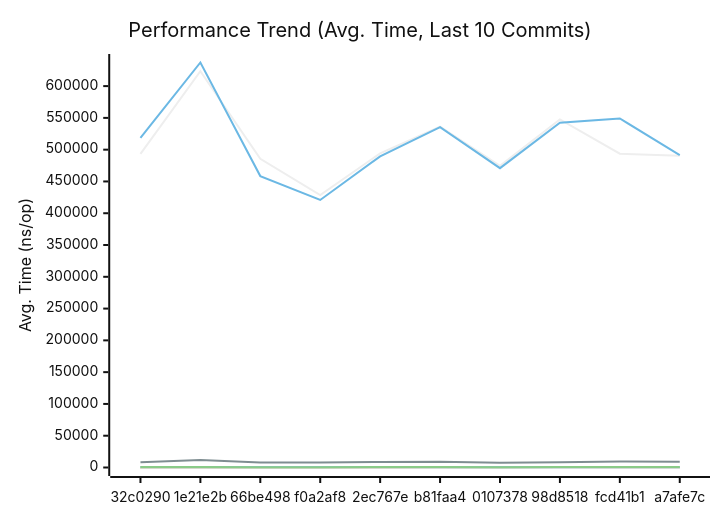
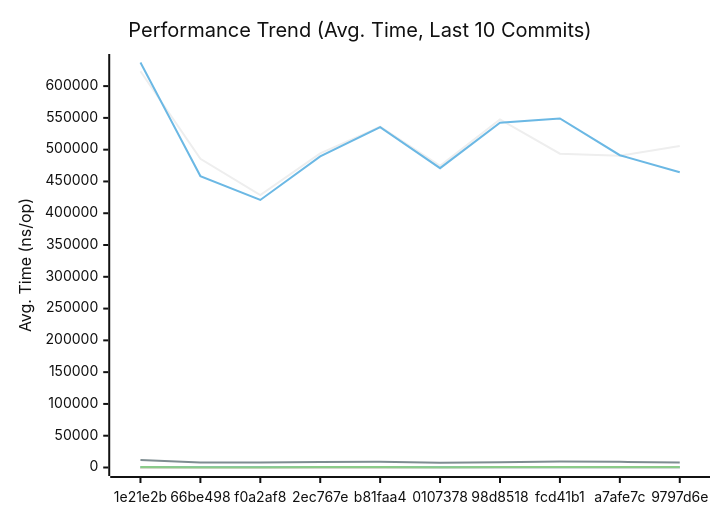
Before and after one commit to alsotoes/momo: the first of 3 diagrams in docs/PERFORMANCE.md, drawn with Mermaid (neutral theme). The commit also changed other lines of this file and 2 other files, not shown here.

````diff
--- a/docs/PERFORMANCE.md
+++ b/docs/PERFORMANCE.md
@@ -145,20 +145,20 @@
 ```mermaid
 xychart-beta
     title "Performance Trend (Avg. Time, Last 10 Commits)"
     x-axis "Commit"
     y-axis "Avg. Time (ns/op)"
-    x-axis [32c0290,1e21e2b,66be498,f0a2af8,2ec767e,b81faa4,0107378,98d8518,fcd41b1,a7afe7c]
-    line "AWSChunkedReaderSigned" [493329,623314,485586,428699,494161,536055,474487,547638,493634,490625]
-    line "AWSChunkedReaderUnsigned" [518620,637133,458443,420916,489488,535372,470934,542477,549074,491290]
-    line "CheckMetricsAndSwap" [10,13,9,8,8,11,8,9,12,11]
-    line "CrushOptimized" [353,419,355,342,351,359,357,366,368,350]
-    line "CrushOriginal" [549,628,459,465,587,501,444,519,529,524]
-    line "IndexDirectTracking" [0,1,0,0,0,0,0,0,0,0]
-    line "IndexSearch" [2,3,3,3,3,3,3,3,3,3]
-    line "LoadGlobalConfig" [8352,11680,7877,7811,8699,9154,7311,8381,9454,8900]
-    line "PadString" [53,64,43,49,49,50,41,54,55,50]
+    x-axis [1e21e2b,66be498,f0a2af8,2ec767e,b81faa4,0107378,98d8518,fcd41b1,a7afe7c,9797d6e]
+    line "AWSChunkedReaderSigned" [623314,485586,428699,494161,536055,474487,547638,493634,490625,505684]
+    line "AWSChunkedReaderUnsigned" [637133,458443,420916,489488,535372,470934,542477,549074,491290,464437]
+    line "CheckMetricsAndSwap" [13,9,8,8,11,8,9,12,11,8]
+    line "CrushOptimized" [419,355,342,351,359,357,366,368,350,369]
+    line "CrushOriginal" [628,459,465,587,501,444,519,529,524,488]
+    line "IndexDirectTracking" [1,0,0,0,0,0,0,0,0,0]
+    line "IndexSearch" [3,3,3,3,3,3,3,3,3,3]
+    line "LoadGlobalConfig" [11680,7877,7811,8699,9154,7311,8381,9454,8900,7833]
+    line "PadString" [64,43,49,49,50,41,54,55,50,45]
     line "ParseReplicationOrder_NoPrealloc" [350,349,357,354,345,225,229,165,232,234]
     line "ParseReplicationOrder_Prealloc" [229,231,237,234,229,108,107,80,110,109]
-    line "SanitizeLog/Safe" [440,585,444,426,532,520,440,468,565,465]
-    line "SanitizeLog/Unsafe" [669,794,568,519,657,616,544,677,716,706]
+    line "SanitizeLog/Safe" [585,444,426,532,520,440,468,565,465,570]
+    line "SanitizeLog/Unsafe" [794,568,519,657,616,544,677,716,706,620]
 ```
````
